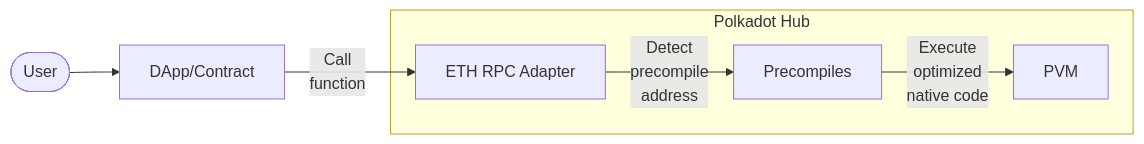
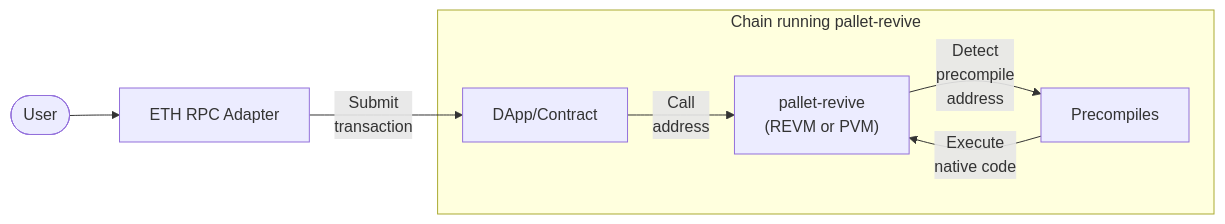
The diagram in docs/smart-contracts/precompiles/index.md (paritytech/parity-docs), drawn with Mermaid before and after one commit. The commit also changed other lines of this file and 877 other files, not shown here.

````diff
--- a/docs/smart-contracts/precompiles/index.md
+++ b/docs/smart-contracts/precompiles/index.md
@@ -21,19 +21,20 @@
 ```mermaid
 flowchart LR
     User(["User"])
     dApp["DApp/Contract"]
-    PVM["ETH RPC Adapter"]
+    RPC["ETH RPC Adapter"]
+    Revive["pallet-revive<br>(REVM or PVM)"]
     Precompiles["Precompiles"]
-    Runtime["PVM"]
 
-    User --> dApp
-    dApp -->|"Call<br>function"| PVM
-    PVM -->|"Detect<br>precompile<br>address"| Precompiles
-    Precompiles -->|"Execute<br>optimized<br>native code"| Runtime
+    User --> RPC
+    RPC -->|"Submit<br>transaction"| dApp
+    dApp -->|"Call<br>address"| Revive
+    Revive -->|"Detect<br>precompile<br>address"| Precompiles
+    Precompiles -->|"Execute<br>native code"| Revive
 
-    subgraph "Polkadot Hub"
-        PVM
+    subgraph "Chain running pallet-revive"
+        dApp
+        Revive
         Precompiles
-        Runtime
     end
 ```
````
